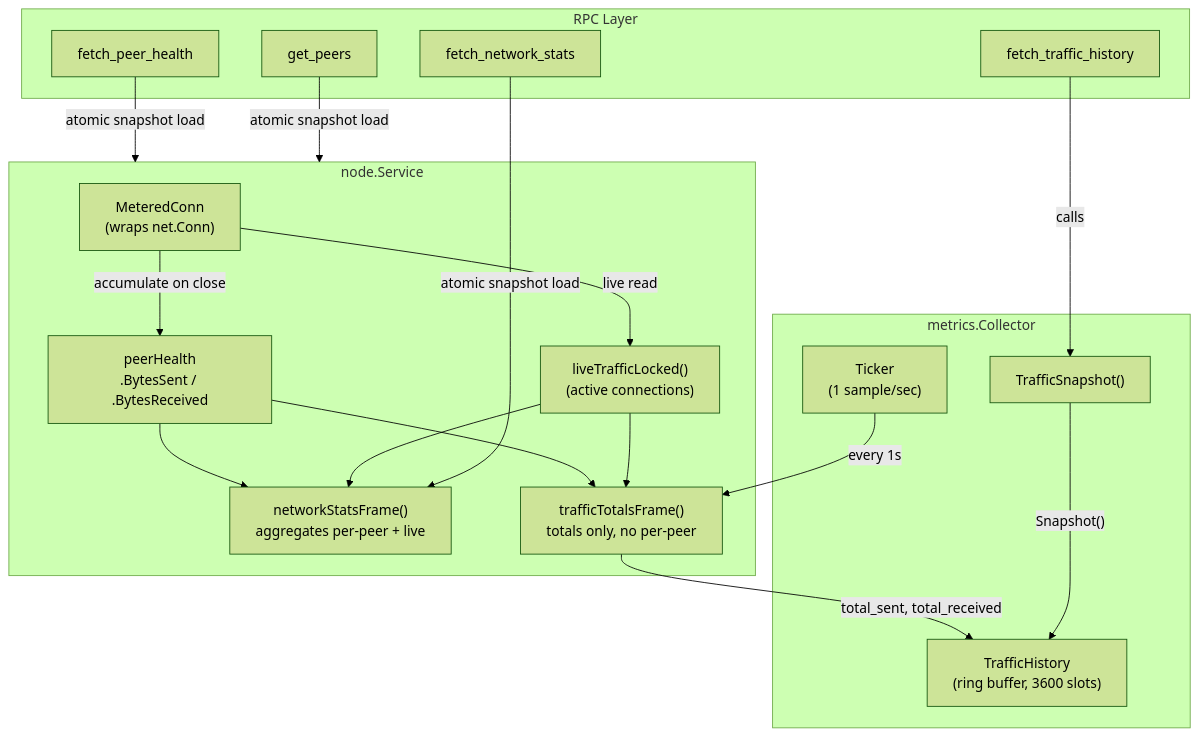
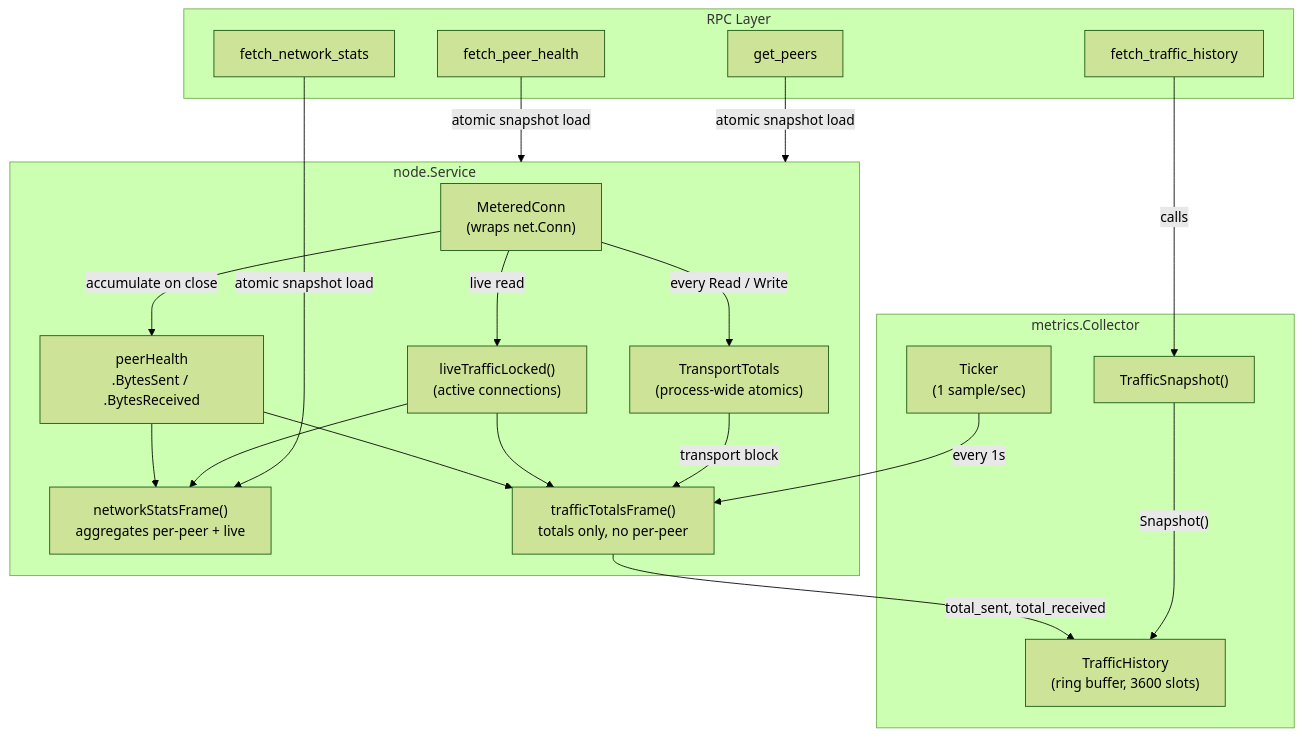
One commit to piratecash/corsa changed the first of 2 diagrams in docs/metrics.md. Above: the diagram before and after it, drawn with Mermaid (forest theme). The commit also changed other lines of this file and 33 other files, not shown here.

````diff
--- a/docs/metrics.md
+++ b/docs/metrics.md
@@ -11,37 +11,40 @@
 ```mermaid
 graph TB
     subgraph Node["node.Service"]
         MC["MeteredConn<br/>(wraps net.Conn)"]
+        TT["TransportTotals<br/>(process-wide atomics)"]
         PH["peerHealth<br/>.BytesSent / .BytesReceived"]
         LT["liveTrafficLocked()<br/>(active connections)"]
         NSF["networkStatsFrame()<br/>aggregates per-peer + live"]
         TTF["trafficTotalsFrame()<br/>totals only, no per-peer"]
         MC -->|"accumulate on close"| PH
         MC -->|"live read"| LT
+        MC -->|"every Read / Write"| TT
         PH --> NSF
         LT --> NSF
         PH --> TTF
         LT --> TTF
+        TT -->|"transport block"| TTF
     end
 
     subgraph Metrics["metrics.Collector"]
         TH["TrafficHistory<br/>(ring buffer, 3600 slots)"]
         TICK["Ticker<br/>(1 sample/sec)"]
         SNAP["TrafficSnapshot()"]
     end
 
     subgraph RPC["RPC Layer"]
         CMD["fetch_traffic_history"]
         CMD_NS["fetch_network_stats"]
         CMD_PH["fetch_peer_health"]
         CMD_GP["get_peers"]
     end
 
     TICK -->|"every 1s"| TTF
     TTF -->|"total_sent, total_received"| TH
     SNAP -->|"Snapshot()"| TH
     CMD -->|"calls"| SNAP
     CMD_NS -->|"atomic snapshot load"| NSF
     CMD_PH -->|"atomic snapshot load"| Node
     CMD_GP -->|"atomic snapshot load"| Node
 ```
````
